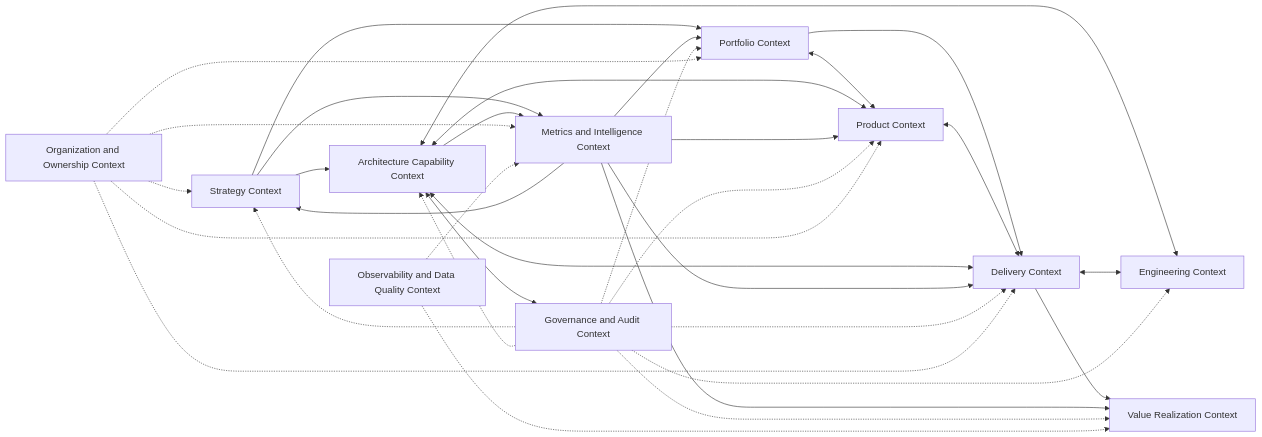
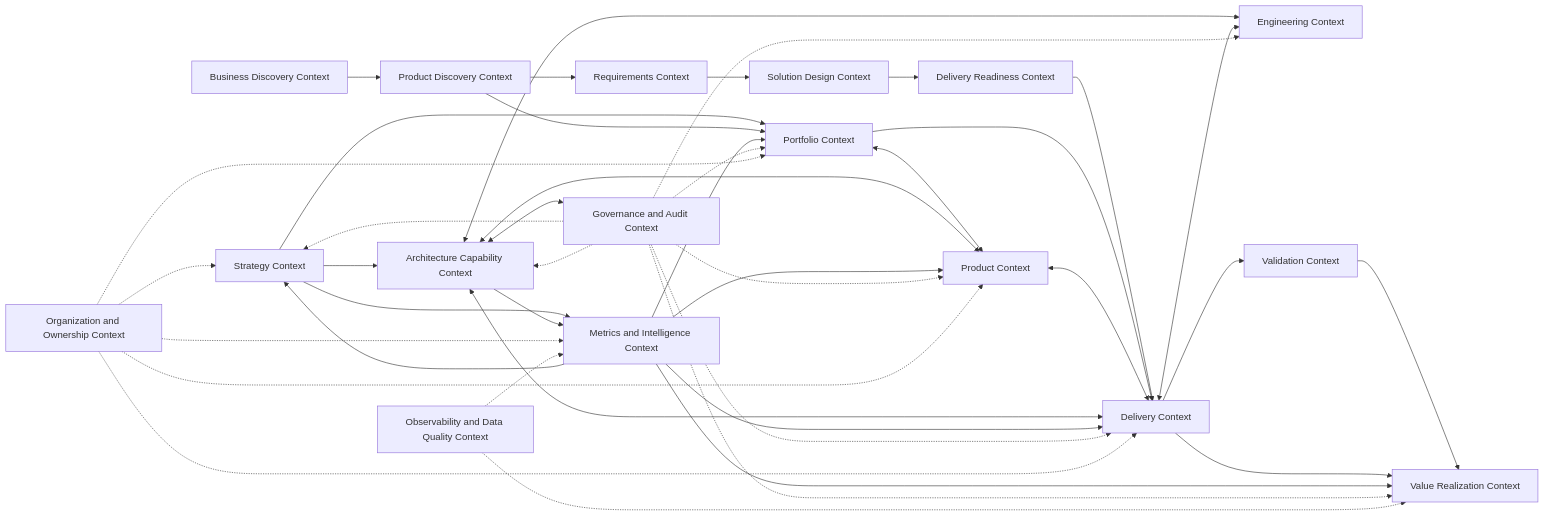
The first of 19 diagrams in docs/DOMAIN_MODEL.md (noxthor/edip), drawn with Mermaid before and after one commit. The commit also changed other lines of this file and 8 other files, not shown here.

````diff
--- a/docs/DOMAIN_MODEL.md
+++ b/docs/DOMAIN_MODEL.md
@@ -351,47 +525,61 @@
 ```mermaid
 flowchart LR
   STR[Strategy Context]
   PORT[Portfolio Context]
+  BDISC[Business Discovery Context]
+  PDISC[Product Discovery Context]
+  REQ[Requirements Context]
+  SOL[Solution Design Context]
+  READY[Delivery Readiness Context]
   PROD[Product Context]
   ARCH[Architecture Capability Context]
   DEL[Delivery Context]
   ENG[Engineering Context]
+  VALID[Validation Context]
   MET[Metrics and Intelligence Context]
   VAL[Value Realization Context]
   GOV[Governance and Audit Context]
   ORG[Organization and Ownership Context]
   OBS[Observability and Data Quality Context]
 
   STR --> PORT
   STR --> MET
   STR --> ARCH
+  BDISC --> PDISC
+  PDISC --> PORT
+  PDISC --> REQ
+  REQ --> SOL
+  SOL --> READY
+  READY --> DEL
   PORT <--> PROD
   PORT --> DEL
   PROD <--> DEL
   ARCH <--> PROD
   ARCH <--> DEL
   ARCH <--> ENG
   ARCH --> MET
   ARCH <--> GOV
   DEL <--> ENG
+  DEL --> VALID
+  VALID --> VAL
   DEL --> VAL
   MET --> STR
   MET --> PORT
   MET --> PROD
   MET --> DEL
   MET --> VAL
   GOV -.-> STR
   GOV -.-> PORT
   GOV -.-> PROD
   GOV -.-> ARCH
   GOV -.-> DEL
   GOV -.-> ENG
   GOV -.-> VAL
   ORG -.-> STR
   ORG -.-> PORT
   ORG -.-> PROD
   ORG -.-> DEL
   ORG -.-> MET
   OBS -.-> MET
   OBS -.-> VAL
 ```
````
